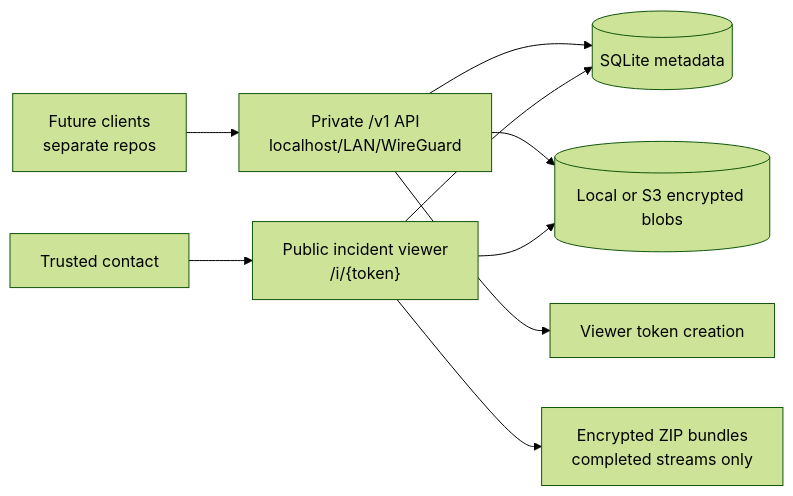
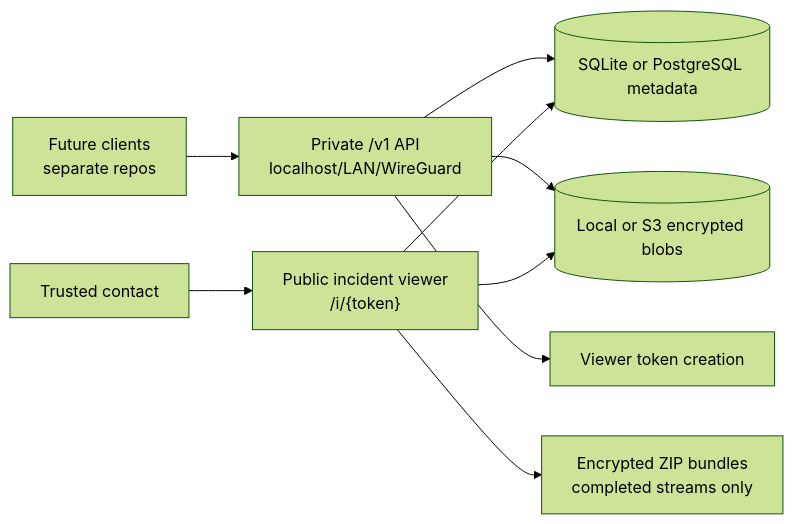
One commit to open-proofline/server changed the diagram in README.md. Above: the diagram before and after it, drawn with Mermaid (forest theme). The commit also changed other lines of this file and 44 other files, not shown here.

Commit message:
Add optional PostgreSQL metadata backend

````diff
--- a/README.md
+++ b/README.md
@@ -102,11 +102,11 @@
 ```mermaid
 flowchart LR
     FutureClients["Future clients<br/>separate repos"] --> Private["Private /v1 API<br/>localhost/LAN/WireGuard"]
-    Private --> DB[(SQLite metadata)]
+    Private --> DB[(SQLite or PostgreSQL metadata)]
     Private --> Blobs[(Local or S3 encrypted blobs)]
     Private --> Tokens["Viewer token creation"]
     Contact["Trusted contact"] --> Public["Public incident viewer<br/>/i/{token}"]
     Public --> DB
     Public --> Blobs
     Public --> Bundles["Encrypted ZIP bundles<br/>completed streams only"]
 ```
````
